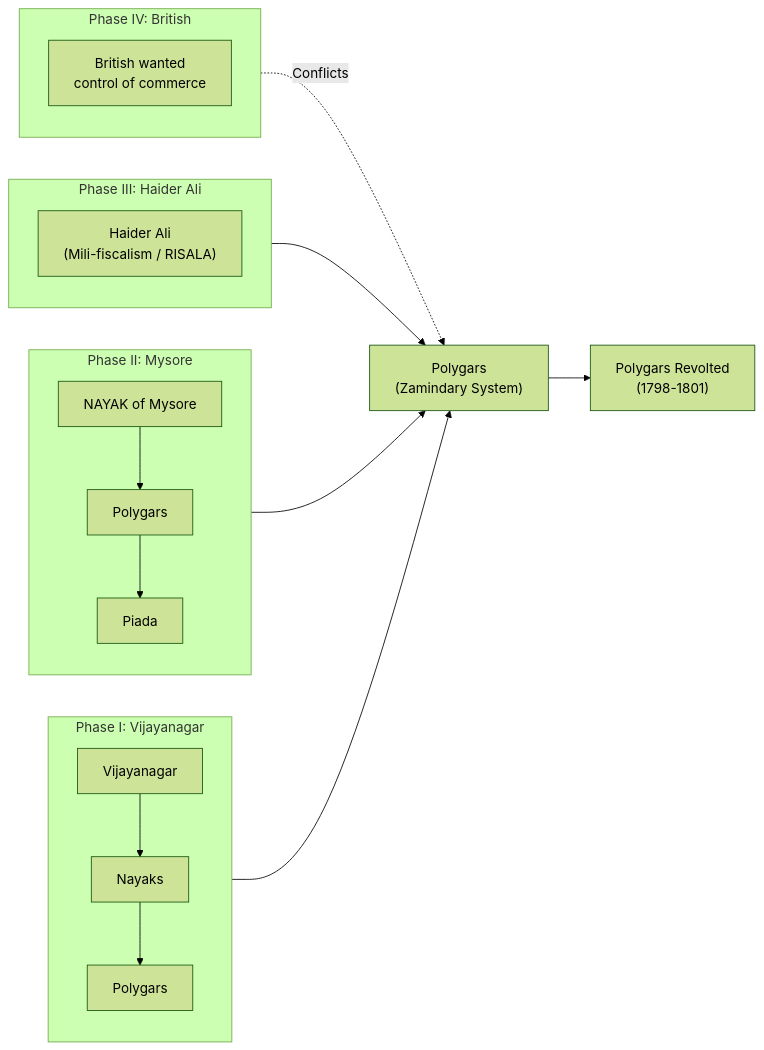
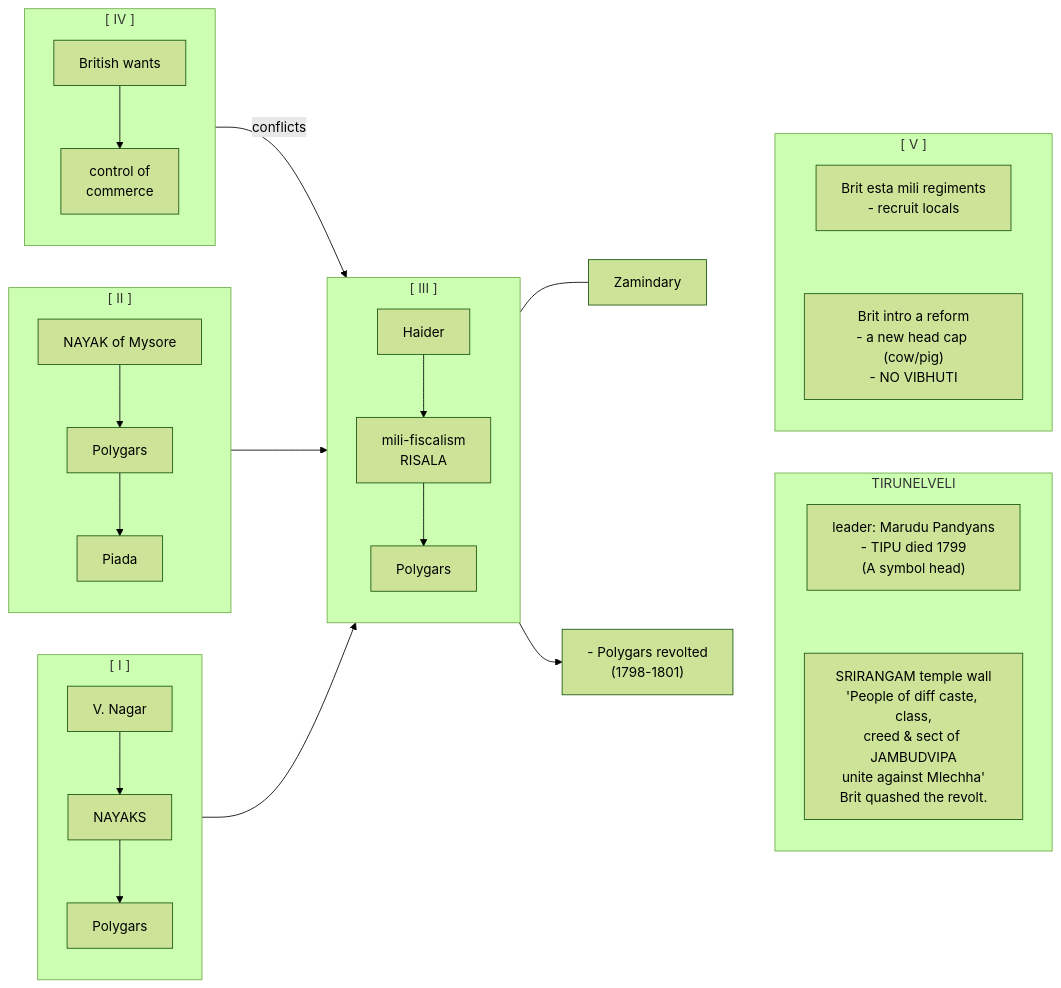
One commit to niteeshkumar17/vr_notes changed the diagram in GS_History_VR_Notes/Early_Modern_India.md. Above: the diagram before and after it, drawn with Mermaid (forest theme).

Commit message:
Update Mermaid diagram to strictly mirror notebook format

````diff
--- a/GS_History_VR_Notes/Early_Modern_India.md
+++ b/GS_History_VR_Notes/Early_Modern_India.md
@@ -194,30 +194,47 @@
 ```mermaid
 flowchart LR
-    subgraph I [Phase I: Vijayanagar]
+    subgraph I ["[ I ]"]
         direction TB
-        VN["Vijayanagar"] --> N1["Nayaks"] --> P1["Polygars"]
+        n1["V. Nagar"] --> n2["NAYAKS"] --> n3["Polygars"]
+    end
+
+    subgraph II ["[ II ]"]
+        direction TB
+        n4["NAYAK of Mysore"] --> n5["Polygars"] --> n6["Piada"]
+    end
+
+    subgraph III ["[ III ]"]
+        direction TB
+        n7["Haider"] --> n8["mili-fiscalism<br>RISALA"] --> n9["Polygars"]
+    end
+
+    subgraph IV ["[ IV ]"]
+        direction TB
+        n10["British wants"] --> n11["control of<br>commerce"]
+    end
+
+    n3 --> n9
+    n5 --> n9
+    n11 -->|"conflicts"| n9
+    
+    n9 --- n12["Zamindary"]
+    n9 --> n13["- Polygars revolted<br>(1798-1801)"]
+
+    subgraph V ["[ V ]"]
+        direction TB
+        v1["Brit esta mili regiments<br>- recruit locals"]
+        v2["Brit intro a reform<br>- a new head cap (cow/pig)<br>- NO VIBHUTI"]
+        v1 ~~~ v2
     end
     
-    subgraph II [Phase II: Mysore]
+    subgraph TIRUNELVELI ["TIRUNELVELI"]
         direction TB
-        NM["NAYAK of Mysore"] --> P2["Polygars"] --> Piada["Piada"]
-    end
-    
-    subgraph III [Phase III: Haider Ali]
-        direction TB
-        H["Haider Ali<br>(Mili-fiscalism / RISALA)"]
-    end
-    
-    subgraph IV [Phase IV: British]
-        direction TB
-        B1["British wanted<br>control of commerce"]
+        t1["leader: Marudu Pandyans<br>- TIPU died 1799<br>(A symbol head)"]
+        t2["SRIRANGAM temple wall<br>'People of diff caste, class,<br>creed & sect of JAMBUDVIPA<br>unite against Mlechha'<br>Brit quashed the revolt."]
+        t1 ~~~ t2
     end
 
-    %% Convergence to Zamindary System
-    P1 --> P3["Polygars<br>(Zamindary System)"]
-    P2 --> P3
-    H --> P3
-    B1 -.->|"Conflicts"| P3
-    
-    P3 --> R["Polygars Revolted<br>(1798-1801)"]
+    %% Invisible links to align the bottom sections
+    n12 ~~~ V
+    n13 ~~~ TIRUNELVELI
 ```
````
